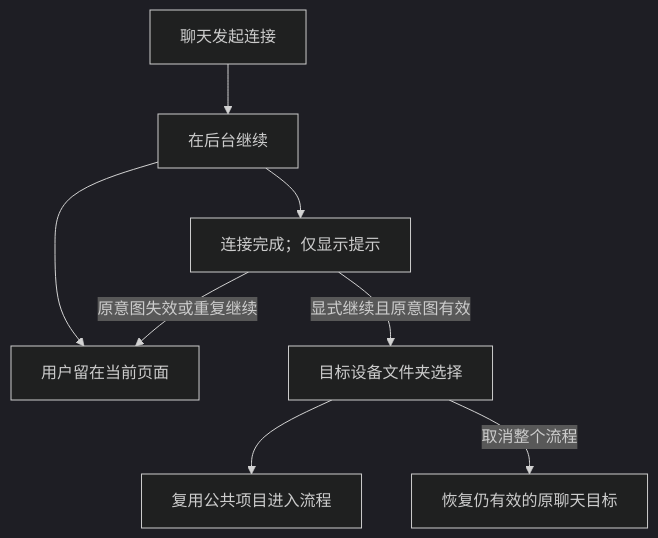
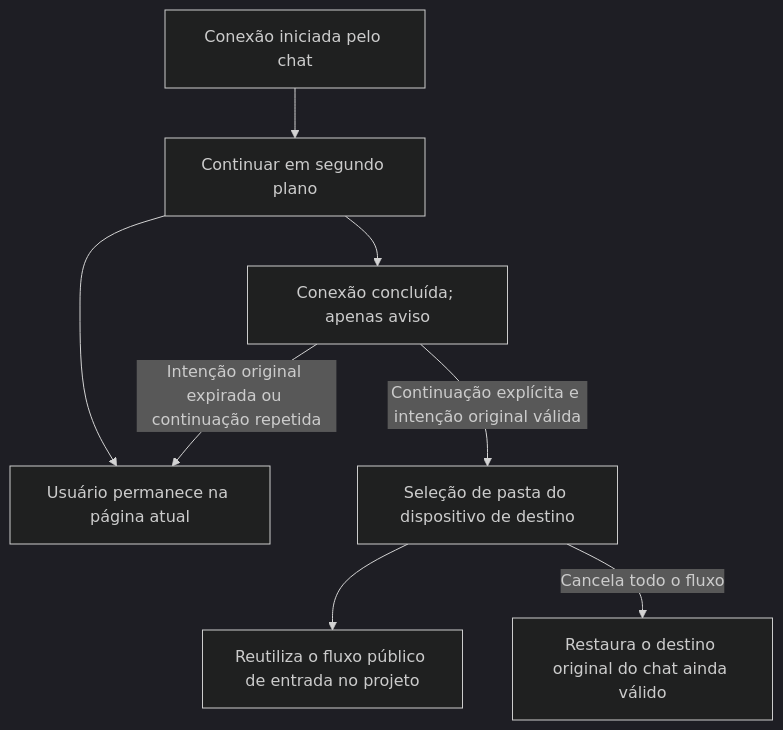
Before and after one commit to JoaoNetoDev/BR-Code: the first of 2 diagrams in docs/issues/remote-connection-ux/26-chat-remote-folder-background-resume.md, drawn with Mermaid (dark theme). The commit also changed other lines of this file and 177 other files, not shown here.

````diff
--- a/docs/issues/remote-connection-ux/26-chat-remote-folder-background-resume.md
+++ b/docs/issues/remote-connection-ux/26-chat-remote-folder-background-resume.md
@@ -15,10 +15,10 @@
 ```mermaid
 flowchart TD
-    A[聊天发起连接] --> B[在后台继续]
-    B --> C[用户留在当前页面]
-    B --> D[连接完成；仅显示提示]
-    D -->|显式继续且原意图有效| E[目标设备文件夹选择]
-    E --> F[复用公共项目进入流程]
-    D -->|原意图失效或重复继续| C
-    E -->|取消整个流程| G[恢复仍有效的原聊天目标]
+    A[Conexão iniciada pelo chat] --> B[Continuar em segundo plano]
+    B --> C[Usuário permanece na página atual]
+    B --> D[Conexão concluída; apenas aviso]
+    D -->|Continuação explícita e intenção original válida| E[Seleção de pasta do dispositivo de destino]
+    E --> F[Reutiliza o fluxo público de entrada no projeto]
+    D -->|Intenção original expirada ou continuação repetida| C
+    E -->|Cancela todo o fluxo| G[Restaura o destino original do chat ainda válido]
 ```
````
